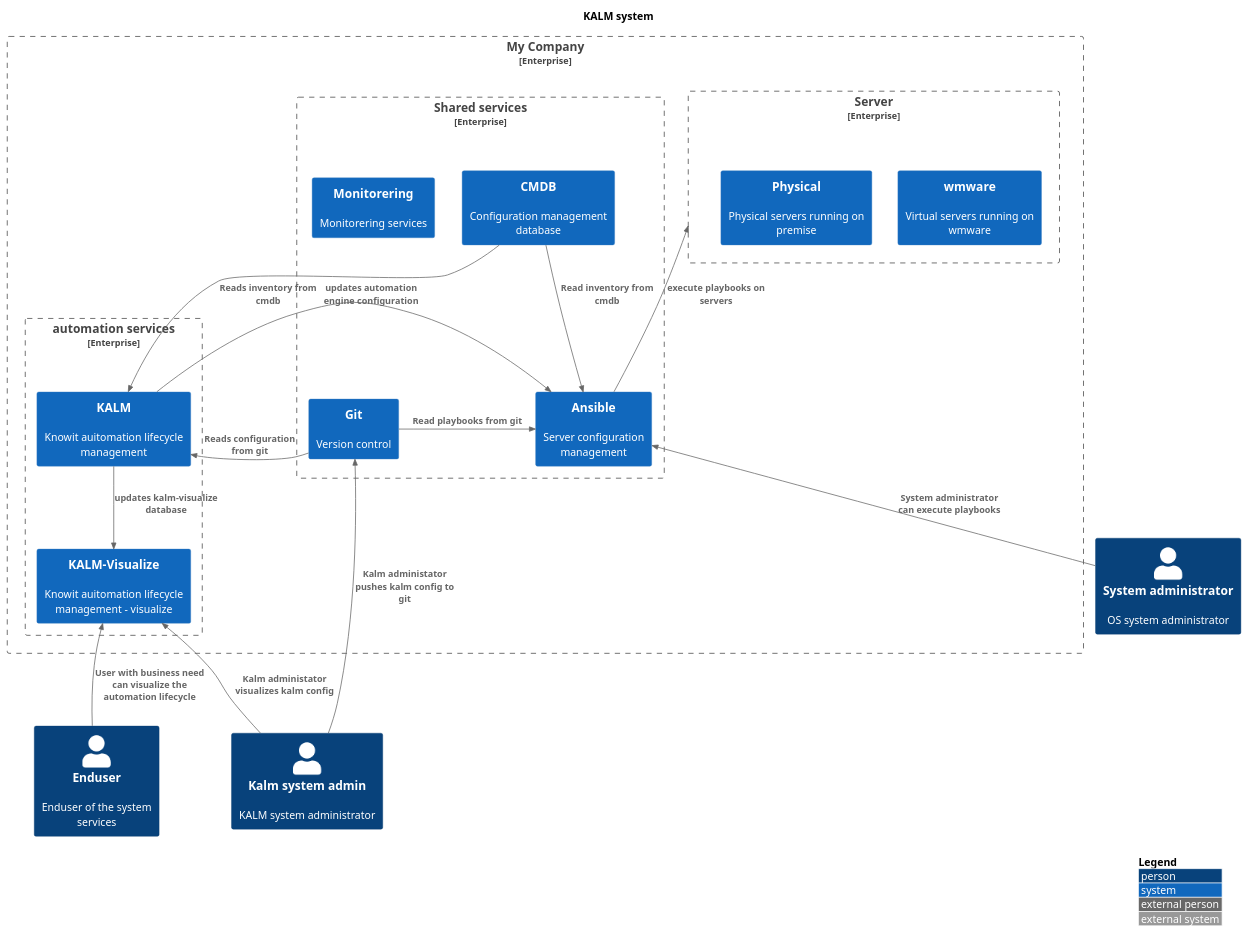
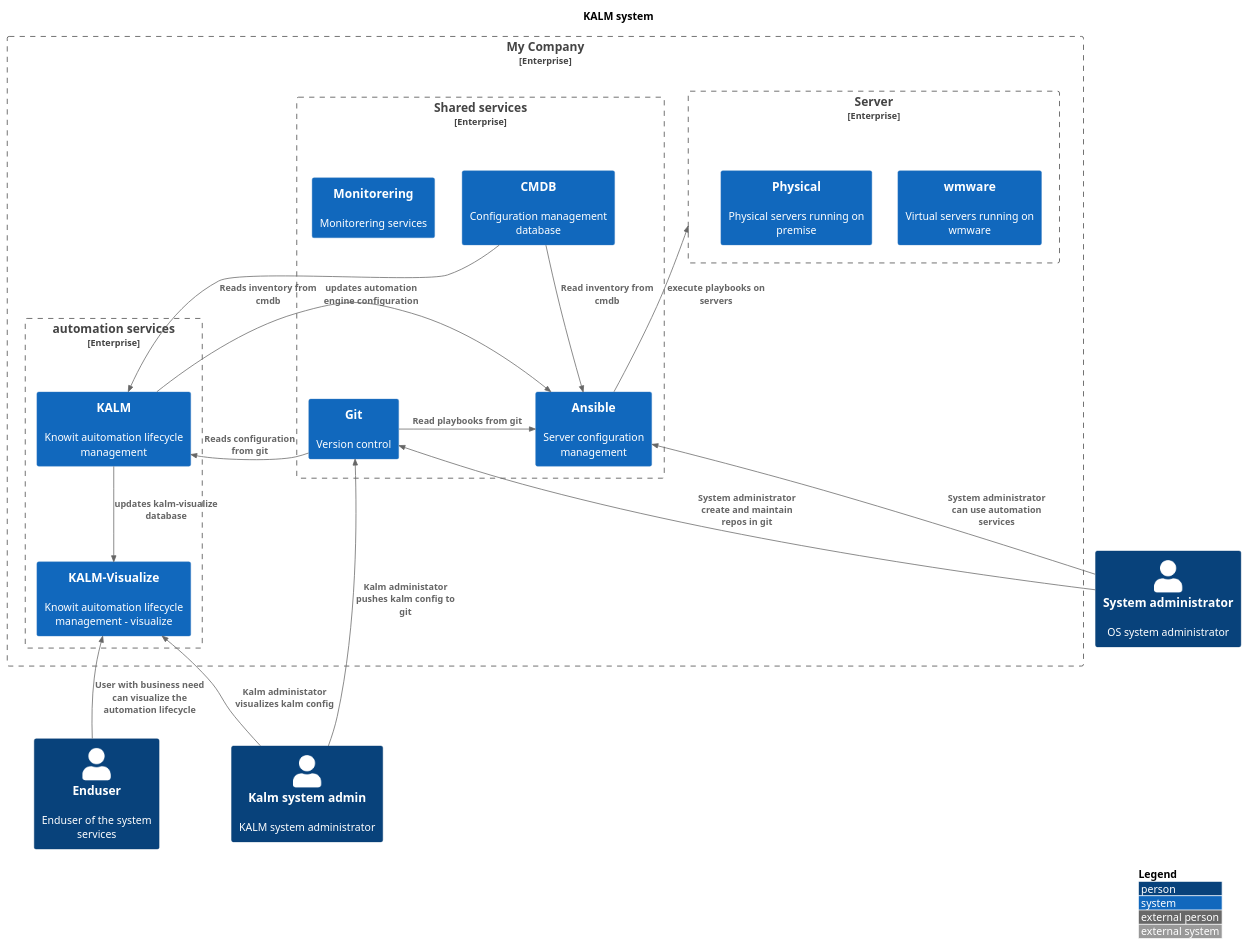
Before and after one commit to JakobHolstDK/infowall: the diagram in diagrams/kalm.puml, drawn with PlantUML.

Commit message:
no write

```diff
--- a/diagrams/kalm.puml
+++ b/diagrams/kalm.puml
@@ -1,62 +1,63 @@
 @startuml
 !include https://raw.githubusercontent.com/plantuml-stdlib/C4-PlantUML/master/C4_Context.puml
 
 ' uncomment the following line and comment the first to use locally
 ' !include C4_Context.puml
 
 LAYOUT_TOP_DOWN()
 'LAYOUT_AS_SKETCH()
 LAYOUT_WITH_LEGEND()
 
 
 title   KALM system
 
 Person(kalmadmin, "Kalm system admin", "KALM system administrator")
 Person(systemadmin, "System administrator", "OS system administrator")
 Person(enduser, "Enduser", "Enduser of the system services")
 
 
 Enterprise_Boundary(c0, "My Company", "My awesome organisation") {
 
 Enterprise_Boundary(c2, "Server ", "Virtuelle servere") {
     System(vmware, "wmware", "Virtual servers running on wmware")
     System(physicalservers, "Physical", "Physical servers running on premise")
 }
 
 Enterprise_Boundary(c3, "Shared services", "Shared services in the organisation") {
     System(cmdb, "CMDB", "Configuration management database")
     System(automation, "Ansible", "Server configuration management")
     System(git, "Git", "Version control")
     System(monitorering, "Monitorering", "Monitorering services")
 }
 
 Enterprise_Boundary(c1, "automation services", "Automation services") {
     System(kalm, "KALM", "Knowit auitomation lifecycle management")
     System(kalmvisualize, "KALM-Visualize", "Knowit auitomation lifecycle management - visualize")
 }
 
 
 }
 
 
 Rel_Neighbor(git, automation, "Read playbooks from git")
 Rel_D(cmdb, automation, "Read inventory from cmdb")
 Rel_U(automation, c2 , "execute playbooks on servers")
 
 
 Rel_U(kalmadmin, git, "Kalm administator pushes kalm config to git")
 Rel_U(kalmadmin, kalmvisualize, "Kalm administator visualizes kalm config")
 
 Rel_U(enduser, kalmvisualize, "User with business need can visualize the automation lifecycle")
-Rel_U(systemadmin, automation, "System administrator can execute playbooks")
+Rel_U(systemadmin, automation, "System administrator can use automation services")
+Rel_U(systemadmin, git, "System administrator create and maintain repos in git")
 
 
 
 Rel_D(cmdb, kalm, "Reads inventory from cmdb")
 Rel_D(git, kalm, "Reads configuration from git")
 
 Rel_D(kalm, automation, "updates automation engine configuration")
 Rel_D(kalm, kalmvisualize, "updates kalm-visualize database")
 
 
 @enduml
```
